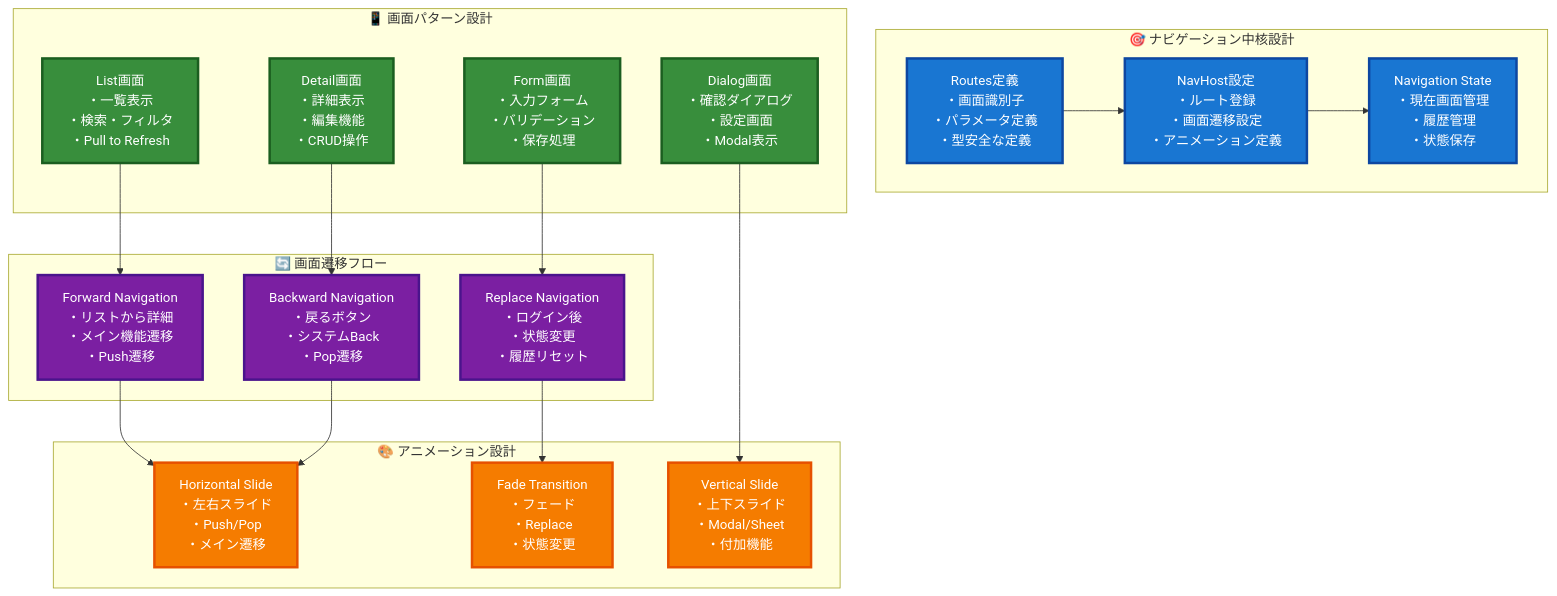
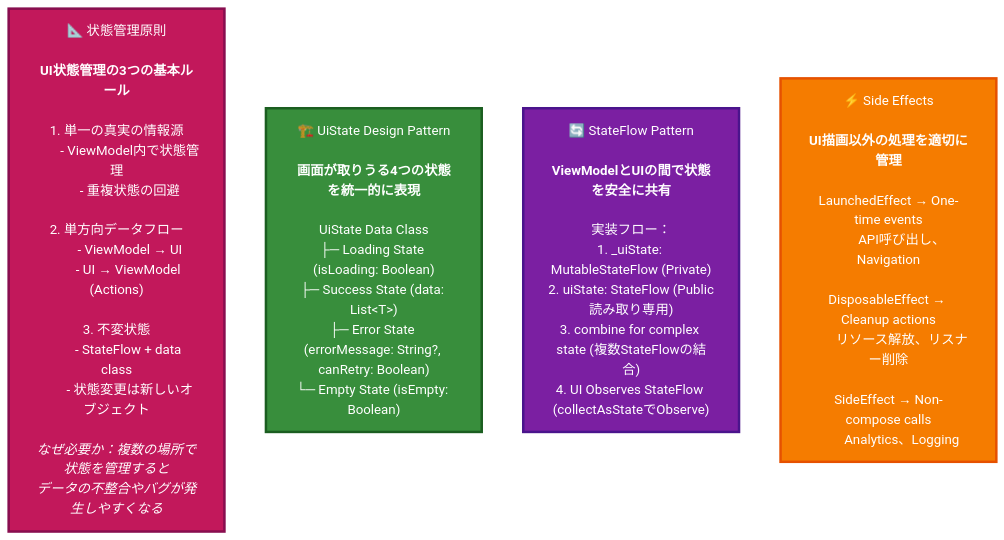
One commit to shimanukims/android-base changed the sixth of 7 diagrams in ARCHITECTURE_GUIDE.md. Above: the diagram before and after it, drawn with Mermaid. The commit also changed other lines of this file, not shown here.

Commit message:
change architecture guide

````diff
--- a/ARCHITECTURE_GUIDE.md
+++ b/ARCHITECTURE_GUIDE.md
@@ -471,51 +469,21 @@
 ```mermaid
-flowchart TB
-    subgraph NavigationCore ["🎯 ナビゲーション中核設計"]
-        A["Routes定義<br/>・画面識別子<br/>・パラメータ定義<br/>・型安全な定義"]
-        B["NavHost設定<br/>・ルート登録<br/>・画面遷移設定<br/>・アニメーション定義"]
-        C["Navigation State<br/>・現在画面管理<br/>・履歴管理<br/>・状態保存"]
-    end
+flowchart TD
+    StateManagementPrinciples["📐 状態管理原則<br/><br/><b>UI状態管理の3つの基本ルール</b><br/><br/>1. 単一の真実の情報源<br/>　　- ViewModel内で状態管理<br/>　　- 重複状態の回避<br/><br/>2. 単方向データフロー<br/>　　- ViewModel → UI<br/>　　- UI → ViewModel (Actions)<br/><br/>3. 不変状態<br/>　　- StateFlow + data class<br/>　　- 状態変更は新しいオブジェクト<br/><br/><i>なぜ必要か：複数の場所で状態を管理すると<br/>データの不整合やバグが発生しやすくなる</i>"]
     
-    subgraph ScreenPattern ["📱 画面パターン設計"]
-        D["List画面<br/>・一覧表示<br/>・検索・フィルタ<br/>・Pull to Refresh"]
-        E["Detail画面<br/>・詳細表示<br/>・編集機能<br/>・CRUD操作"]
-        F["Form画面<br/>・入力フォーム<br/>・バリデーション<br/>・保存処理"]
-        G["Dialog画面<br/>・確認ダイアログ<br/>・設定画面<br/>・Modal表示"]
-    end
+    UiStateDesignPattern["🏗️ UiState Design Pattern<br/><br/><b>画面が取りうる4つの状態を統一的に表現</b><br/><br/>UiState Data Class<br/>├─ Loading State (isLoading: Boolean)<br/>├─ Success State (data: List&lt;T&gt;)<br/>├─ Error State (errorMessage: String?, canRetry: Boolean)<br/>└─ Empty State (isEmpty: Boolean)"]
     
-    subgraph NavigationFlow ["🔄 画面遷移フロー"]
-        H["Forward Navigation<br/>・リストから詳細<br/>・メイン機能遷移<br/>・Push遷移"]
-        I["Backward Navigation<br/>・戻るボタン<br/>・システムBack<br/>・Pop遷移"]
-        J["Replace Navigation<br/>・ログイン後<br/>・状態変更<br/>・履歴リセット"]
-    end
+    StateFlowPattern["🔄 StateFlow Pattern<br/><br/><b>ViewModelとUIの間で状態を安全に共有</b><br/><br/>実装フロー：<br/>1. _uiState: MutableStateFlow (Private)<br/>2. uiState: StateFlow (Public読み取り専用)<br/>3. combine for complex state (複数StateFlowの結合)<br/>4. UI Observes StateFlow (collectAsStateでObserve)"]
     
-    subgraph AnimationDesign ["🎨 アニメーション設計"]
-        K["Horizontal Slide<br/>・左右スライド<br/>・Push/Pop<br/>・メイン遷移"]
-        L["Vertical Slide<br/>・上下スライド<br/>・Modal/Sheet<br/>・付加機能"]
-        M["Fade Transition<br/>・フェード<br/>・Replace<br/>・状態変更"]
-    end
-    
-    %% データフロー定義
-    A --> B
-    B --> C
-    
-    D --> H
-    E --> I
-    F --> J
-    G --> L
-    
-    H --> K
-    I --> K
-    J --> M
+    SideEffects["⚡ Side Effects<br/><br/><b>UI描画以外の処理を適切に管理</b><br/><br/>LaunchedEffect → One-time events<br/>　　API呼び出し、Navigation<br/><br/>DisposableEffect → Cleanup actions<br/>　　リソース解放、リスナー削除<br/><br/>SideEffect → Non-compose calls<br/>　　Analytics、Logging"]
     
     %% スタイリング - VSCode対応
-    classDef coreStyle fill:#1976d2,stroke:#0d47a1,stroke-width:3px,color:#ffffff
-    classDef screenStyle fill:#388e3c,stroke:#1b5e20,stroke-width:3px,color:#ffffff
-    classDef flowStyle fill:#7b1fa2,stroke:#4a148c,stroke-width:3px,color:#ffffff
-    classDef animationStyle fill:#f57c00,stroke:#e65100,stroke-width:3px,color:#ffffff
+    classDef principleStyle fill:#c2185b,stroke:#880e4f,stroke-width:3px,color:#ffffff
+    classDef uiStateStyle fill:#388e3c,stroke:#1b5e20,stroke-width:3px,color:#ffffff
+    classDef stateFlowStyle fill:#7b1fa2,stroke:#4a148c,stroke-width:3px,color:#ffffff
+    classDef sideEffectStyle fill:#f57c00,stroke:#e65100,stroke-width:3px,color:#ffffff
     
-    class A,B,C coreStyle
-    class D,E,F,G screenStyle
-    class H,I,J flowStyle
-    class K,L,M animationStyle
+    class StateManagementPrinciples principleStyle
+    class UiStateDesignPattern uiStateStyle
+    class StateFlowPattern stateFlowStyle
+    class SideEffects sideEffectStyle
 ```
````
